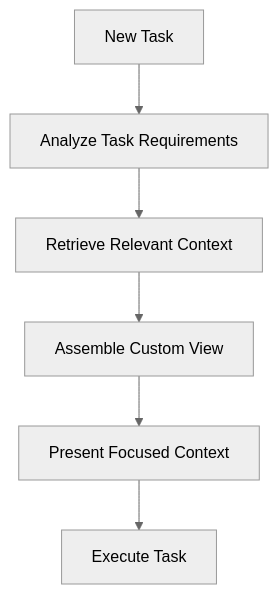
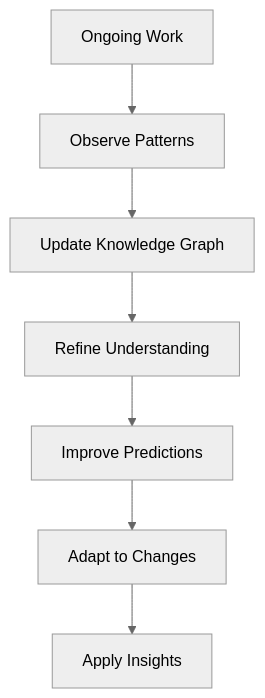
Before and after one commit to ishwar-chandra/llm-profiles-prompts: the sixth of 8 diagrams in memorybank.md, drawn with Mermaid (neutral theme). The commit also changed other lines of this file, not shown here.

````diff
--- a/memorybank.md
+++ b/memorybank.md
@@ -193,8 +177,9 @@
 ```mermaid
 flowchart TD
-    Start[New Task] --> Analyze[Analyze Task Requirements]
-    Analyze --> Retrieve[Retrieve Relevant Context]
-    Retrieve --> Assemble[Assemble Custom View]
-    Assemble --> Present[Present Focused Context]
-    Present --> Execute[Execute Task]
+    Start[Ongoing Work] --> Observe[Observe Patterns]
+    Observe --> Update[Update Knowledge Graph]
+    Update --> Refine[Refine Understanding]
+    Refine --> Improve[Improve Predictions]
+    Improve --> Adapt[Adapt to Changes]
+    Adapt --> Apply[Apply Insights]
 ```
````
